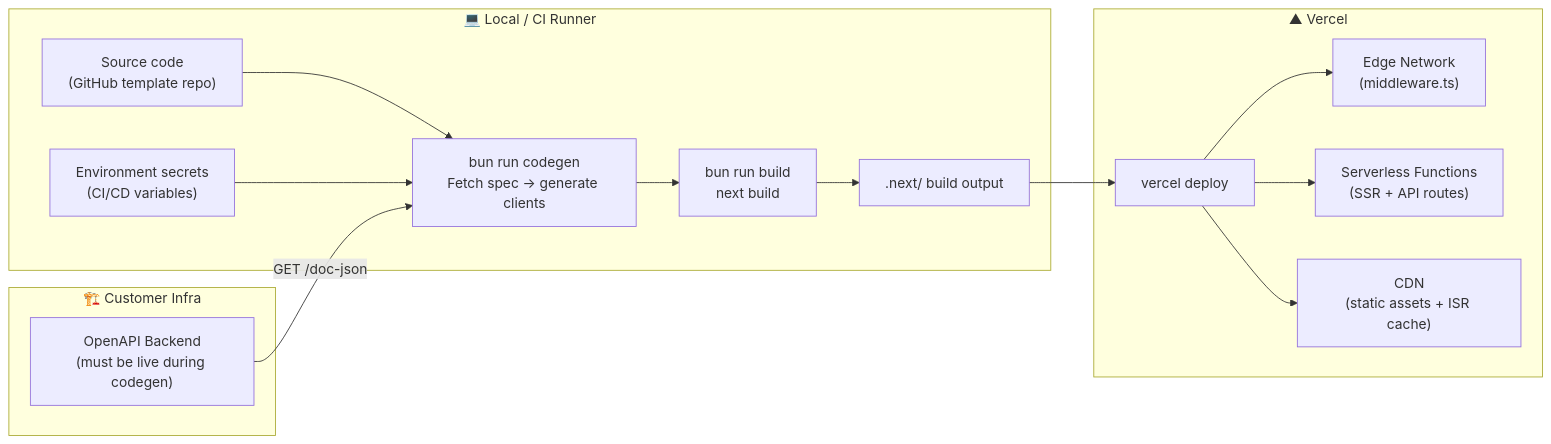
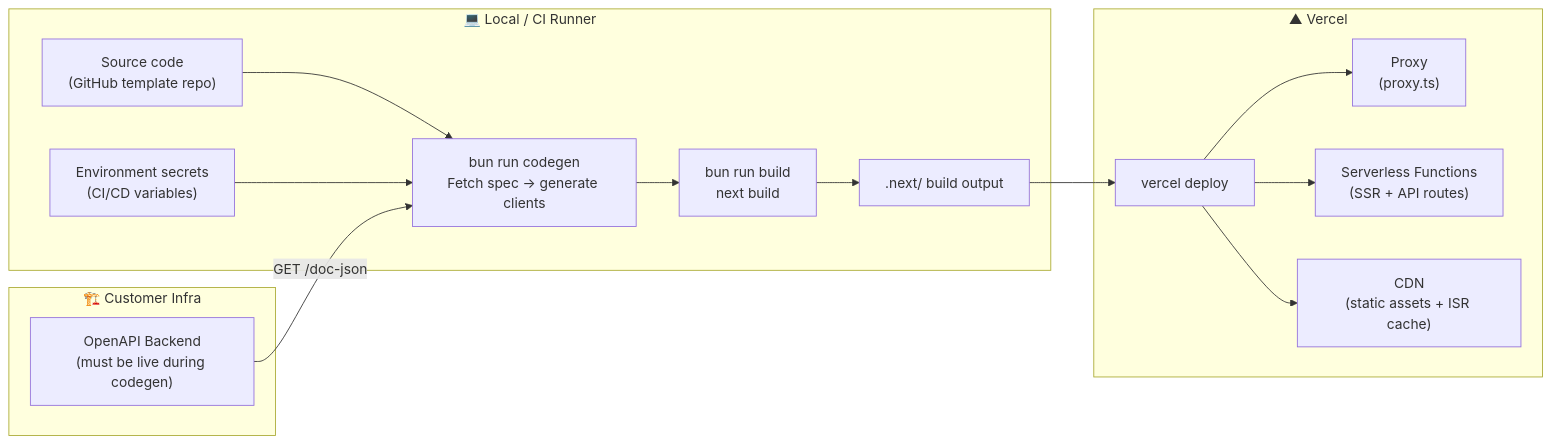
Before and after one commit to gokerDEV/bff-pattern: the diagram in docs/design/v9-deployment.md, drawn with Mermaid. The commit also changed other lines of this file and 32 other files, not shown here.

````diff
--- a/docs/design/v9-deployment.md
+++ b/docs/design/v9-deployment.md
@@ -145,31 +137,31 @@
 ```mermaid
 flowchart LR
     subgraph local["💻 Local / CI Runner"]
         src["Source code\n(GitHub template repo)"]
         env["Environment secrets\n(CI/CD variables)"]
         codegen["bun run codegen\nFetch spec → generate clients"]
         build["bun run build\nnext build"]
         output[".next/ build output"]
     end
 
     subgraph vercel["▲ Vercel"]
         deploy["vercel deploy"]
-        edge_deploy["Edge Network\n(middleware.ts)"]
+        proxy_deploy["Proxy\n(proxy.ts)"]
         fn_deploy["Serverless Functions\n(SSR + API routes)"]
         cdn_deploy["CDN\n(static assets + ISR cache)"]
     end
 
     subgraph customer["🏗️ Customer Infra"]
         backend["OpenAPI Backend\n(must be live during codegen)"]
     end
 
     src --> codegen
     env --> codegen
     backend -->|"GET /doc-json"| codegen
     codegen --> build
     build --> output
     output --> deploy
-    deploy --> edge_deploy
+    deploy --> proxy_deploy
     deploy --> fn_deploy
     deploy --> cdn_deploy
 ```
````
